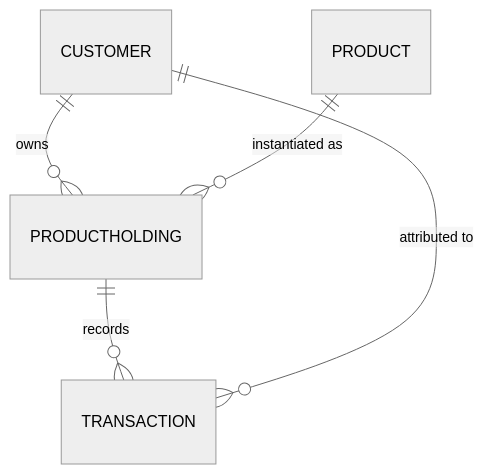
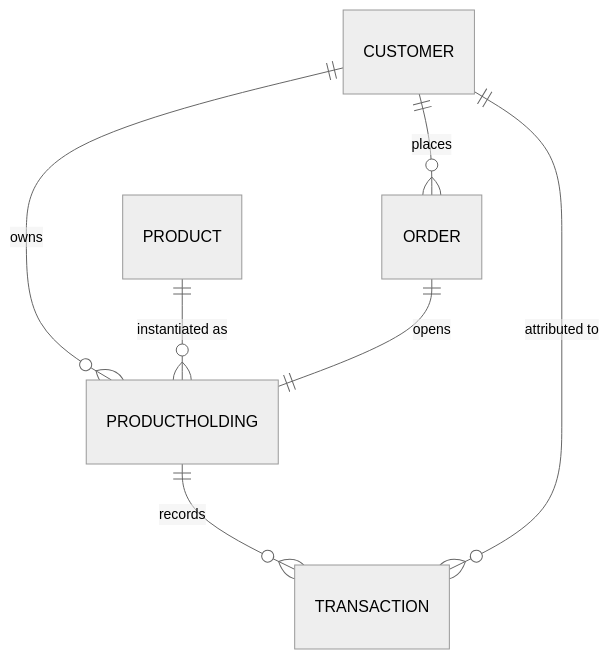
Before and after one commit to denniszielke/agentic-banking-ecosystem: the diagram in data/products.md, drawn with Mermaid (neutral theme). The commit also changed other lines of this file and 7 other files, not shown here.

````diff
--- a/data/products.md
+++ b/data/products.md
@@ -107,7 +130,9 @@
 ```mermaid
 erDiagram
     CUSTOMER ||--o{ PRODUCTHOLDING : owns
     PRODUCT  ||--o{ PRODUCTHOLDING : "instantiated as"
     PRODUCTHOLDING ||--o{ TRANSACTION : records
     CUSTOMER ||--o{ TRANSACTION : "attributed to"
+    CUSTOMER ||--o{ ORDER : places
+    ORDER ||--|| PRODUCTHOLDING : opens
 ```
````
